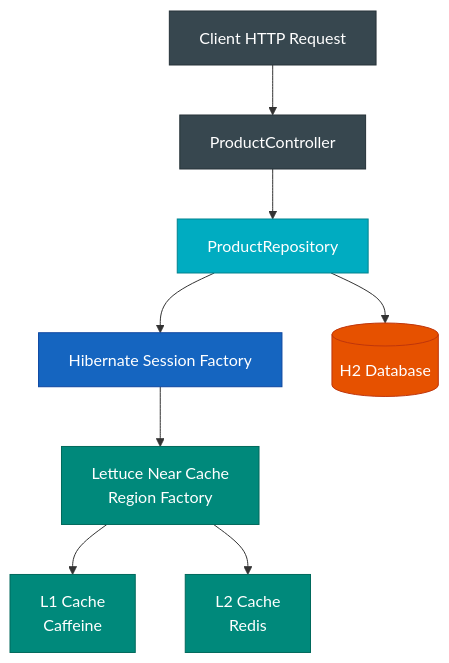
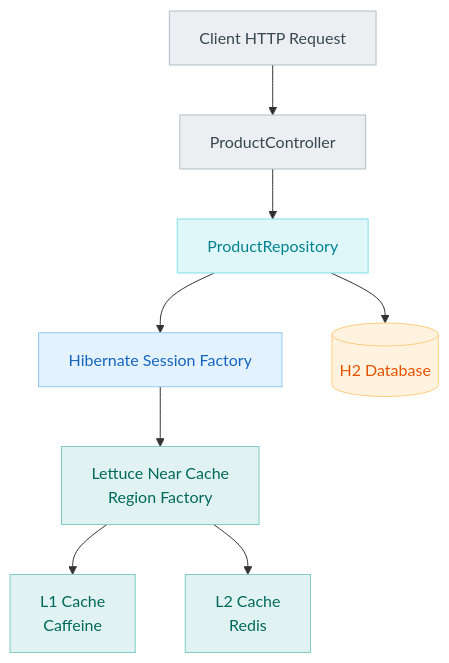
Before and after one commit to bluetape4k/bluetape4k-projects: the second of 2 diagrams in spring-boot4/hibernate-lettuce-demo/README.md, drawn with Mermaid. The commit also changed other lines of this file and 219 other files, not shown here.

First line of the commit message:
docs: 전체 README Mermaid 다이어그램 가이드 적용

````diff
--- a/spring-boot4/hibernate-lettuce-demo/README.md
+++ b/spring-boot4/hibernate-lettuce-demo/README.md
@@ -84,29 +84,29 @@
 ```mermaid
 flowchart TD
     Client["Client HTTP Request"]
     Controller["ProductController"]
     Repo["ProductRepository"]
     Hibernate["Hibernate Session Factory"]
     RegionFactory["Lettuce Near Cache<br/>Region Factory"]
     L1["L1 Cache<br/>Caffeine"]
     L2["L2 Cache<br/>Redis"]
     DB[("H2 Database")]
 
     Client --> Controller --> Repo --> Hibernate --> RegionFactory
     RegionFactory --> L1
     RegionFactory --> L2
     Repo --> DB
 
-    classDef clientStyle fill:#37474F,stroke:#263238,color:#FFFFFF
-    classDef controllerStyle fill:#37474F,stroke:#263238,color:#FFFFFF
-    classDef repoStyle fill:#00ACC1,stroke:#00838F,color:#FFFFFF
-    classDef hibernateStyle fill:#1565C0,stroke:#0D47A1,color:#FFFFFF
-    classDef cacheStyle fill:#00897B,stroke:#00695C,color:#FFFFFF
-    classDef dbStyle fill:#E65100,stroke:#BF360C,color:#FFFFFF
+    classDef clientStyle fill:#ECEFF1,stroke:#B0BEC5,color:#37474F
+    classDef controllerStyle fill:#ECEFF1,stroke:#B0BEC5,color:#37474F
+    classDef repoStyle fill:#E0F7FA,stroke:#80DEEA,color:#00838F
+    classDef hibernateStyle fill:#E3F2FD,stroke:#90CAF9,color:#1565C0
+    classDef cacheStyle fill:#E0F2F1,stroke:#80CBC4,color:#00695C
+    classDef dbStyle fill:#FFF3E0,stroke:#FFCC80,color:#E65100
 
     class Client,Controller clientStyle
     class Repo repoStyle
     class Hibernate hibernateStyle
     class RegionFactory,L1,L2 cacheStyle
     class DB dbStyle
 ```
````
